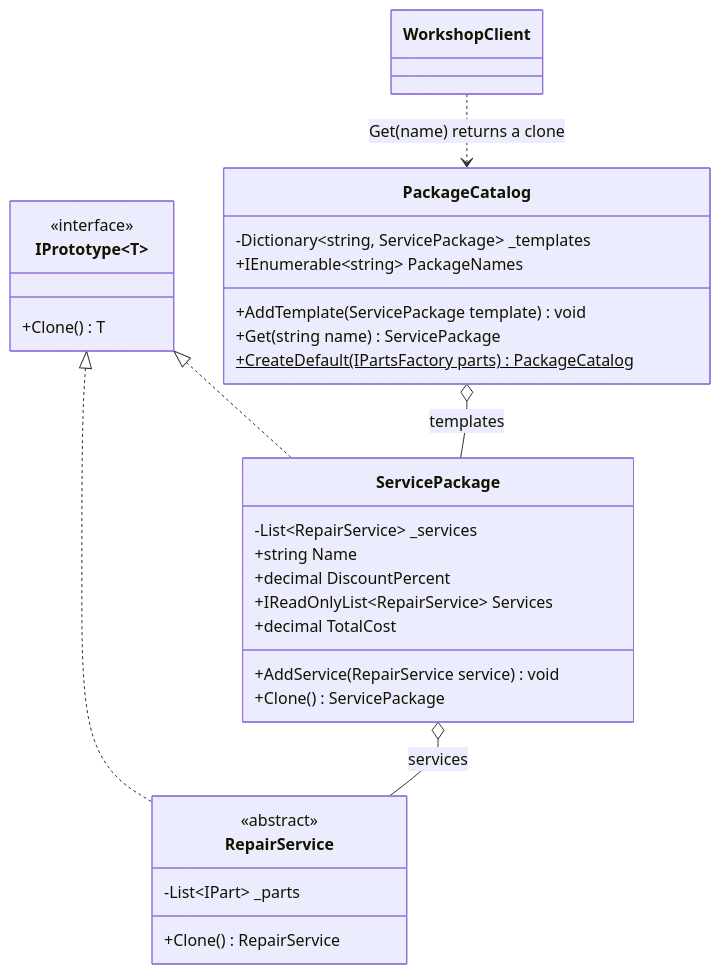
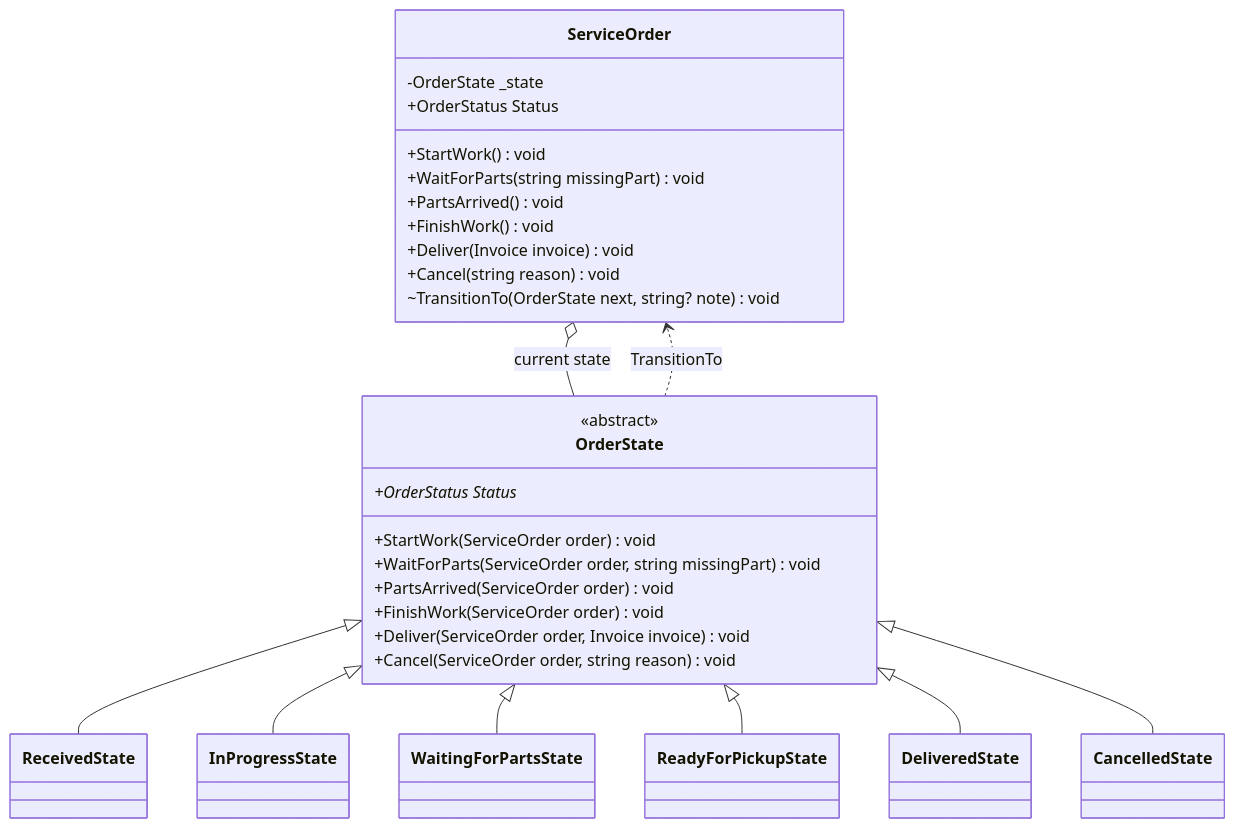
One commit to mihaizastinceanu/TMPS changed the second of 5 diagrams in README.md. Above: the diagram before and after it, drawn with Mermaid. The commit also changed other lines of this file and 1 other file, not shown here.

````diff
--- a/README.md
+++ b/README.md
@@ -279,35 +141,39 @@
 ```mermaid
 classDiagram
-    class IPrototype~T~ {
-        <<interface>>
-        +Clone() T
+    class ServiceOrder {
+        -OrderState _state
+        +OrderStatus Status
+        +StartWork() void
+        +WaitForParts(string missingPart) void
+        +PartsArrived() void
+        +FinishWork() void
+        +Deliver(Invoice invoice) void
+        +Cancel(string reason) void
+        ~TransitionTo(OrderState next, string? note) void
     }
-    class ServicePackage {
-        -List~RepairService~ _services
-        +string Name
-        +decimal DiscountPercent
-        +IReadOnlyList~RepairService~ Services
-        +decimal TotalCost
-        +AddService(RepairService service) void
-        +Clone() ServicePackage
+    class OrderState {
+        <<abstract>>
+        +OrderStatus Status*
+        +StartWork(ServiceOrder order) void
+        +WaitForParts(ServiceOrder order, string missingPart) void
+        +PartsArrived(ServiceOrder order) void
+        +FinishWork(ServiceOrder order) void
+        +Deliver(ServiceOrder order, Invoice invoice) void
+        +Cancel(ServiceOrder order, string reason) void
     }
-    class RepairService {
-        <<abstract>>
-        -List~IPart~ _parts
-        +Clone() RepairService
-    }
-    class PackageCatalog {
-        -Dictionary~string, ServicePackage~ _templates
-        +IEnumerable~string~ PackageNames
-        +AddTemplate(ServicePackage template) void
-        +Get(string name) ServicePackage
-        +CreateDefault(IPartsFactory parts)$ PackageCatalog
-    }
-    class WorkshopClient
+    class ReceivedState
+    class InProgressState
+    class WaitingForPartsState
+    class ReadyForPickupState
+    class DeliveredState
+    class CancelledState
 
-    IPrototype~T~ <|.. ServicePackage
-    IPrototype~T~ <|.. RepairService
-    ServicePackage o-- RepairService : services
-    PackageCatalog o-- ServicePackage : templates
-    WorkshopClient ..> PackageCatalog : Get(name) returns a clone
+    ServiceOrder o-- OrderState : current state
+    OrderState <|-- ReceivedState
+    OrderState <|-- InProgressState
+    OrderState <|-- WaitingForPartsState
+    OrderState <|-- ReadyForPickupState
+    OrderState <|-- DeliveredState
+    OrderState <|-- CancelledState
+    OrderState ..> ServiceOrder : TransitionTo
 ```
````
